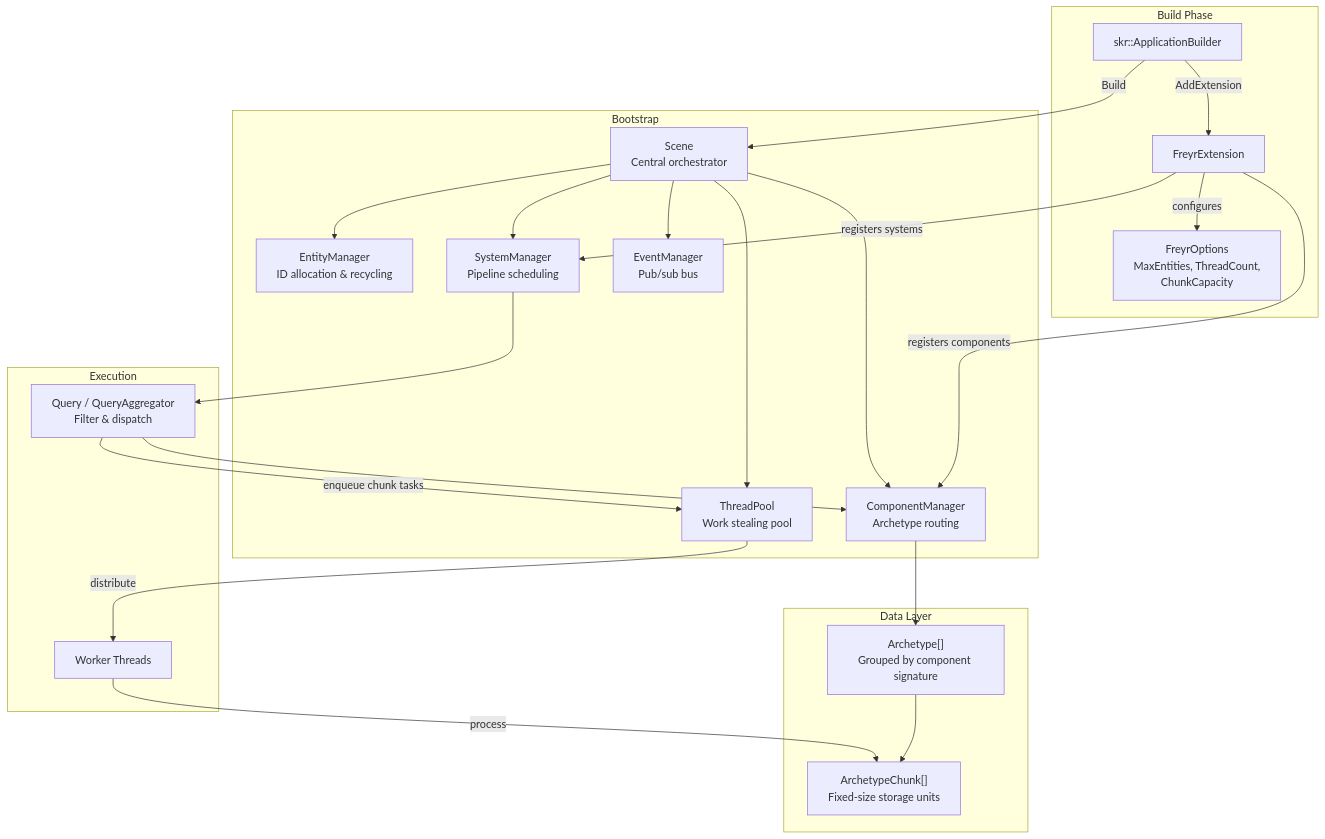
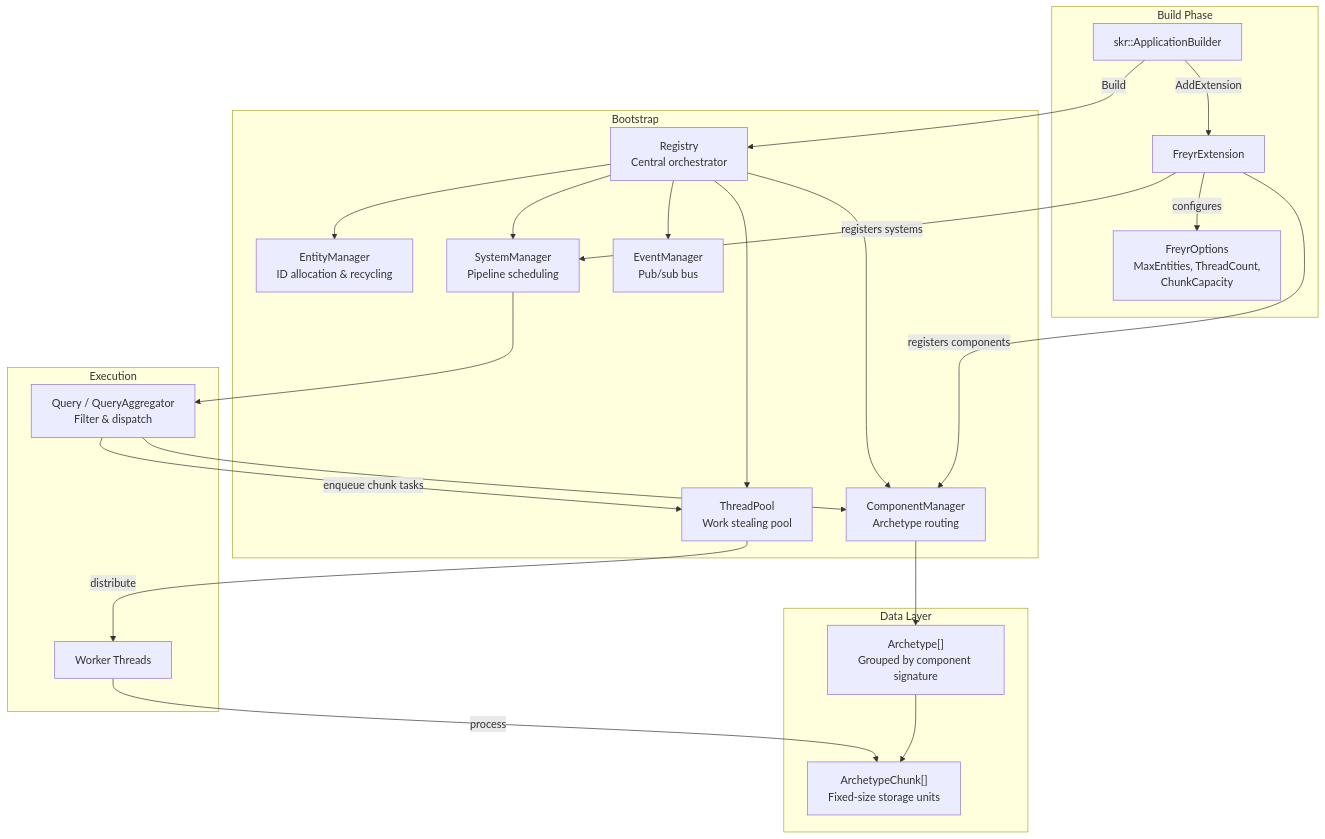
Before and after one commit to gilmar-sales/Freyr: the first of 5 diagrams in docs/concepts/architecture.md, drawn with Mermaid. The commit also changed other lines of this file and 17 other files, not shown here.

````diff
--- a/docs/concepts/architecture.md
+++ b/docs/concepts/architecture.md
@@ -5,49 +5,49 @@
 ```mermaid
 graph TB
     subgraph Build["Build Phase"]
         FB["skr::ApplicationBuilder"]
         FE["FreyrExtension"]
         OPT["FreyrOptions<br/>MaxEntities, ThreadCount,<br/>ChunkCapacity"]
     end
 
     subgraph Bootstrap["Bootstrap"]
-        SC["Scene<br/>Central orchestrator"]
+        SC["Registry<br/>Central orchestrator"]
         CM["ComponentManager<br/>Archetype routing"]
         EM["EntityManager<br/>ID allocation &amp; recycling"]
         SM["SystemManager<br/>Pipeline scheduling"]
         EVM["EventManager<br/>Pub/sub bus"]
         TP["ThreadPool<br/>Work stealing pool"]
     end
 
     subgraph Storage["Data Layer"]
         ARCH["Archetype[]<br/>Grouped by component signature"]
         CHUNK["ArchetypeChunk[]<br/>Fixed-size storage units"]
     end
 
     subgraph Execution["Execution"]
         WORKERS["Worker Threads"]
         QUERY["Query / QueryAggregator<br/>Filter &amp; dispatch"]
     end
 
     FB -->|AddExtension| FE
     FE -->|registers components| CM
     FE -->|registers systems| SM
     FE -->|configures| OPT
 
     FB -->|Build| SC
     SC --> CM
     SC --> EM
     SC --> SM
     SC --> EVM
     SC --> TP
 
     CM --> ARCH
     ARCH --> CHUNK
 
     SM --> QUERY
     QUERY --> CM
     QUERY -->|enqueue chunk tasks| TP
     TP -->|distribute| WORKERS
     WORKERS -->|process| CHUNK
 
 ```
````
